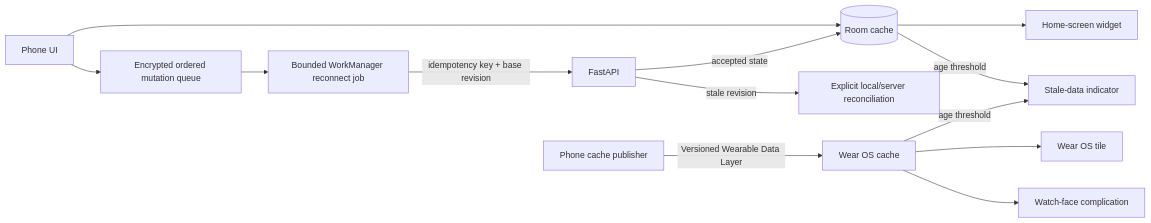
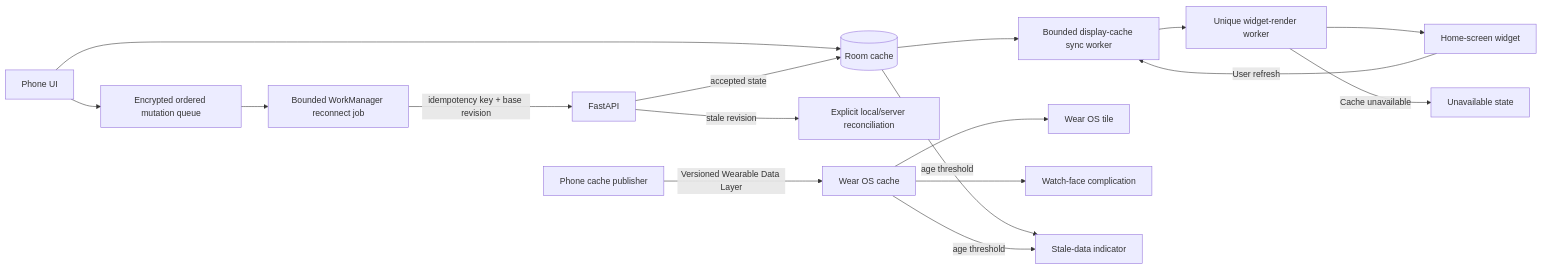
The ninth of 14 diagrams in docs/NETWORK-FLOW.md (Captainpax/littleorbit), drawn with Mermaid before and after one commit. The commit also changed other lines of this file and 26 other files, not shown here.

````diff
--- a/docs/NETWORK-FLOW.md
+++ b/docs/NETWORK-FLOW.md
@@ -201,15 +201,19 @@
 ```mermaid
 flowchart LR
     UI[Phone UI] --> Room[(Room cache)]
     UI --> Queue[Encrypted ordered mutation queue]
     Queue --> Work[Bounded WorkManager reconnect job]
     Work -->|idempotency key + base revision| API[FastAPI]
     API -->|accepted state| Room
     API -->|stale revision| Conflict[Explicit local/server reconciliation]
     Phone[Phone cache publisher] -->|Versioned Wearable Data Layer| Watch[Wear OS cache]
-    Room --> Widget[Home-screen widget]
+    Room --> Sync[Bounded display-cache sync worker]
+    Sync --> Render[Unique widget-render worker]
+    Render --> Widget[Home-screen widget]
+    Widget -->|User refresh| Sync
+    Render -->|Cache unavailable| Unavailable[Unavailable state]
     Watch --> Tile[Wear OS tile]
     Watch --> Complication[Watch-face complication]
     Room -->|age threshold| Stale[Stale-data indicator]
     Watch -->|age threshold| Stale
 ```
````
